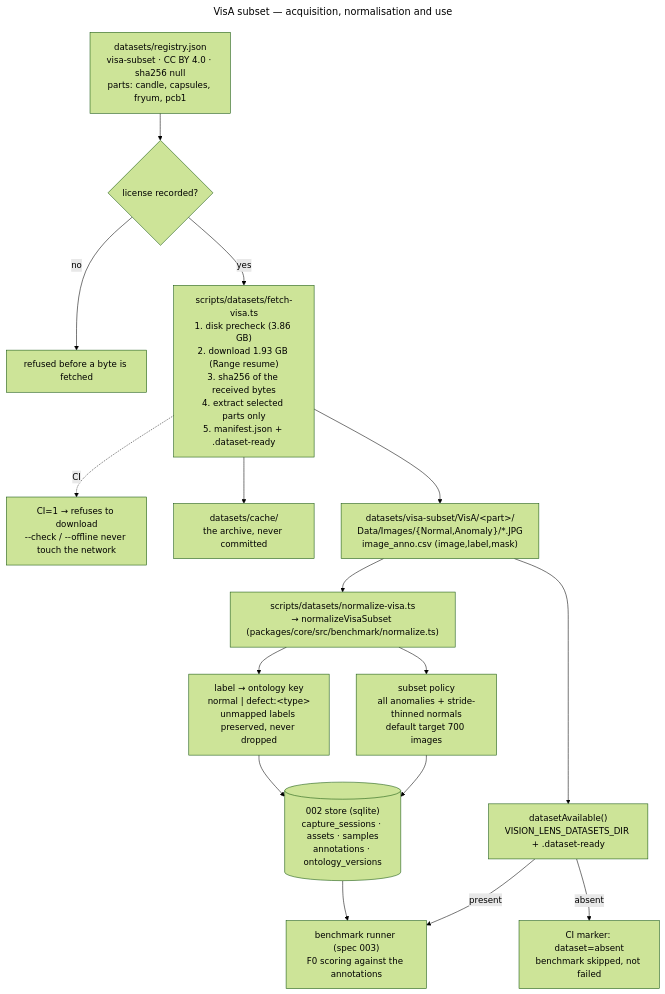
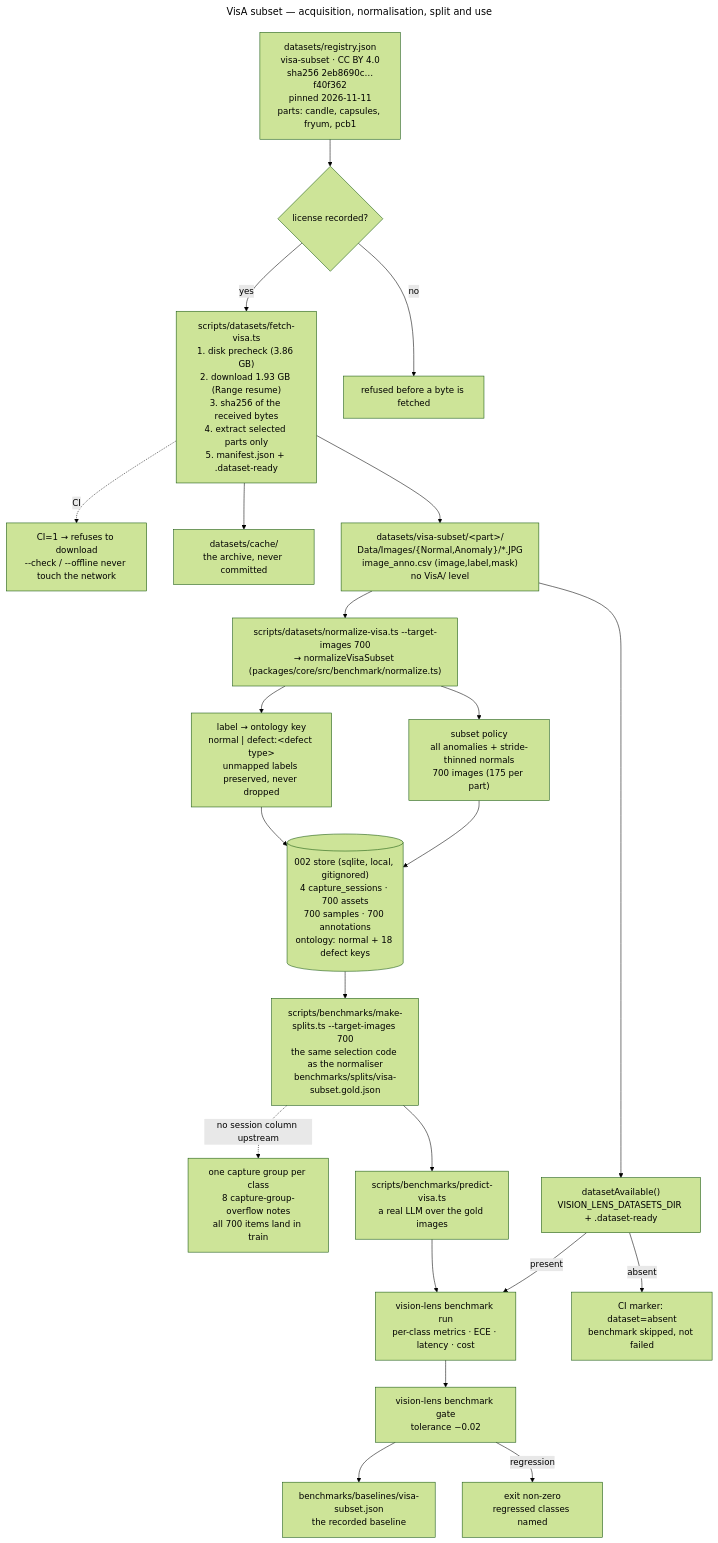
The diagram in docs/datasets/visa.md (erikunha/LAIbemage), drawn with Mermaid (forest theme) before and after one commit. The commit also changed other lines of this file and 5 other files, not shown here.

First line of the commit message:
docs(benchmark): tell the truth about the first real measurement

````diff
--- a/docs/datasets/visa.md
+++ b/docs/datasets/visa.md
@@ -10,38 +16,51 @@
 ```mermaid
 ---
-title: VisA subset — acquisition, normalisation and use
+title: VisA subset — acquisition, normalisation, split and use
 ---
 flowchart TD
-    REG["datasets/registry.json<br/>visa-subset · CC BY 4.0 · sha256 null<br/>parts: candle, capsules, fryum, pcb1"]
+    REG["datasets/registry.json<br/>visa-subset · CC BY 4.0<br/>sha256 2eb8690c…f40f362<br/>pinned 2026-11-11<br/>parts: candle, capsules, fryum, pcb1"]
     LIC{"license recorded?"}
 
     FETCH["scripts/datasets/fetch-visa.ts<br/>1. disk precheck (3.86 GB)<br/>2. download 1.93 GB (Range resume)<br/>3. sha256 of the received bytes<br/>4. extract selected parts only<br/>5. manifest.json + .dataset-ready"]
     CI["CI=1 → refuses to download<br/>--check / --offline never touch the network"]
     CACHE["datasets/cache/<br/>the archive, never committed"]
-    SUB["datasets/visa-subset/VisA/&lt;part&gt;/<br/>Data/Images/{Normal,Anomaly}/*.JPG<br/>image_anno.csv (image,label,mask)"]
+    SUB["datasets/visa-subset/&lt;part&gt;/<br/>Data/Images/{Normal,Anomaly}/*.JPG<br/>image_anno.csv (image,label,mask)<br/>no VisA/ level"]
 
-    NORM["scripts/datasets/normalize-visa.ts<br/>→ normalizeVisaSubset (packages/core/src/benchmark/normalize.ts)"]
-    KEY["label → ontology key<br/>normal | defect:&lt;type&gt;<br/>unmapped labels preserved, never dropped"]
-    POL["subset policy<br/>all anomalies + stride-thinned normals<br/>default target 700 images"]
-    STORE[("002 store (sqlite)<br/>capture_sessions · assets · samples<br/>annotations · ontology_versions")]
+    NORM["scripts/datasets/normalize-visa.ts --target-images 700<br/>→ normalizeVisaSubset (packages/core/src/benchmark/normalize.ts)"]
+    KEY["label → ontology key<br/>normal | defect:&lt;defect type&gt;<br/>unmapped labels preserved, never dropped"]
+    POL["subset policy<br/>all anomalies + stride-thinned normals<br/>700 images (175 per part)"]
+    STORE[("002 store (sqlite, local, gitignored)<br/>4 capture_sessions · 700 assets<br/>700 samples · 700 annotations<br/>ontology: normal + 18 defect keys")]
+
+    SPLIT["scripts/benchmarks/make-splits.ts --target-images 700<br/>the same selection code as the normaliser<br/>benchmarks/splits/visa-subset.gold.json"]
+    DEGEN["one capture group per class<br/>8 capture-group-overflow notes<br/>all 700 items land in train"]
+
+    PRED["scripts/benchmarks/predict-visa.ts<br/>a real LLM over the gold images"]
+    RUN["vision-lens benchmark run<br/>per-class metrics · ECE · latency · cost"]
+    GATE["vision-lens benchmark gate<br/>tolerance −0.02"]
+    BASE["benchmarks/baselines/visa-subset.json<br/>the recorded baseline"]
 
     AVAIL["datasetAvailable()<br/>VISION_LENS_DATASETS_DIR + .dataset-ready"]
     ABSENT["CI marker: dataset=absent<br/>benchmark skipped, not failed"]
-    RUNNER["benchmark runner (spec 003)<br/>F0 scoring against the annotations"]
 
     REG --> LIC
     LIC -- "no" --> REFUSE["refused before a byte is fetched"]
     LIC -- "yes" --> FETCH
     FETCH -. "CI" .-> CI
     FETCH --> CACHE
     FETCH --> SUB
     SUB --> NORM
     NORM --> KEY
     NORM --> POL
     KEY --> STORE
     POL --> STORE
+    STORE --> SPLIT
+    SPLIT -. "no session column upstream" .-> DEGEN
+    SPLIT --> PRED
+    PRED --> RUN
+    RUN --> GATE
+    GATE --> BASE
+    GATE -- "regression" --> FAIL["exit non-zero<br/>regressed classes named"]
     SUB --> AVAIL
-    AVAIL -- "present" --> RUNNER
+    AVAIL -- "present" --> RUN
     AVAIL -- "absent" --> ABSENT
-    STORE --> RUNNER
 ```
````
